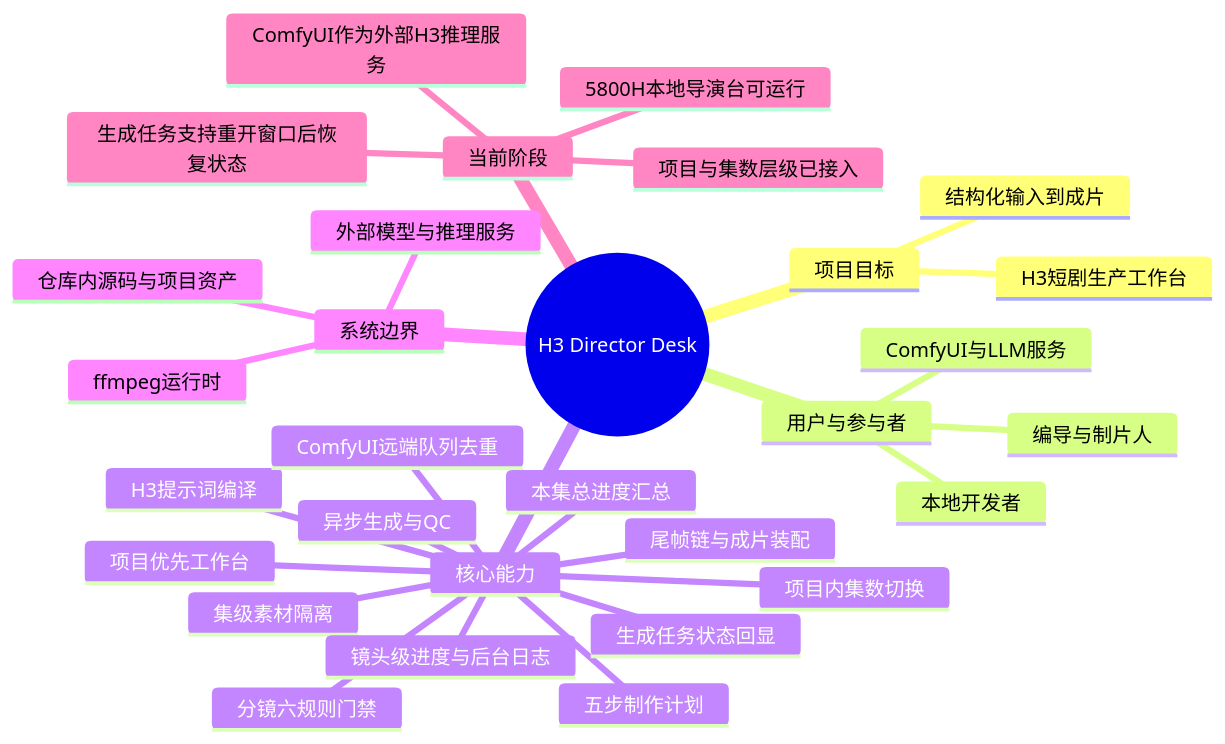
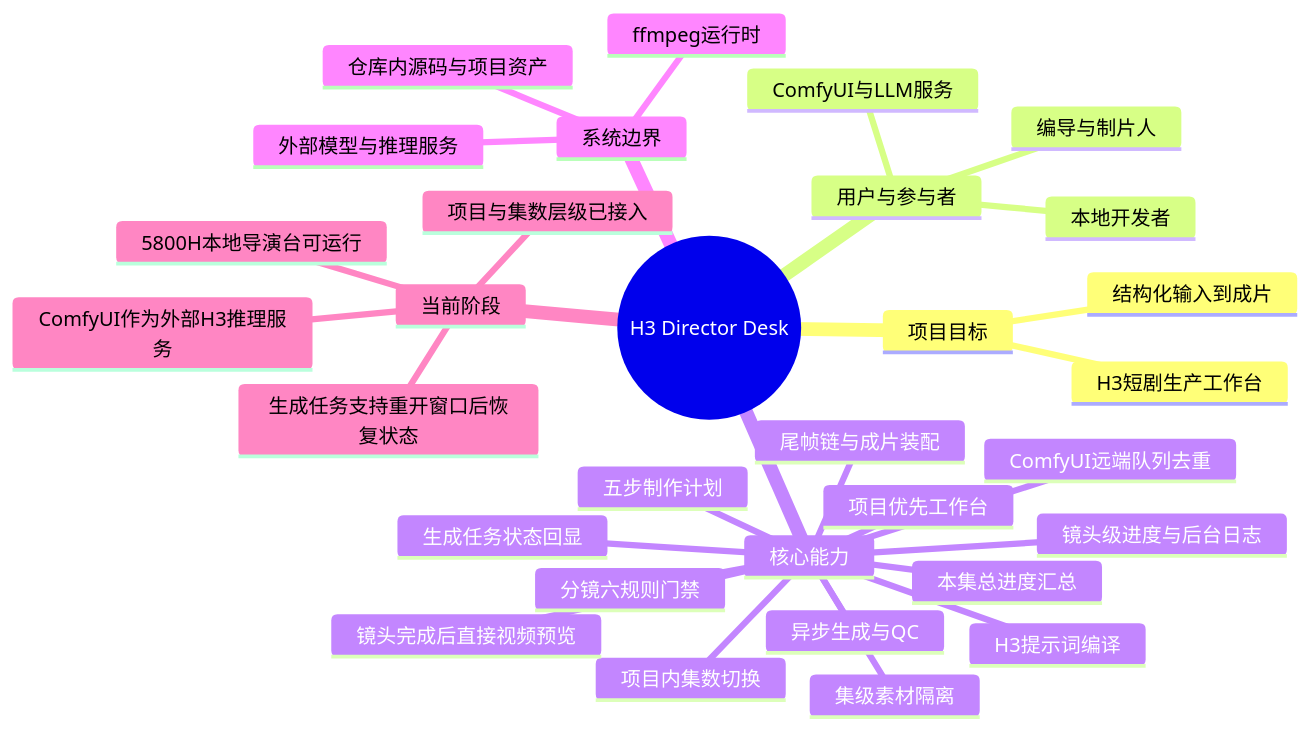
The diagram in docs/project-evolution/mindmaps/project-overview.md (Exalex/h3-director-desk), drawn with Mermaid before and after one commit. The commit also changed 9 other files, not shown here.

````diff
--- a/docs/project-evolution/mindmaps/project-overview.md
+++ b/docs/project-evolution/mindmaps/project-overview.md
@@ -3,33 +3,34 @@
 ```mermaid
 mindmap
   root((H3 Director Desk))
     项目目标
       H3短剧生产工作台
       结构化输入到成片
     用户与参与者
       编导与制片人
       本地开发者
       ComfyUI与LLM服务
     核心能力
       项目优先工作台
       项目内集数切换
       集级素材隔离
       五步制作计划
       分镜六规则门禁
       H3提示词编译
       异步生成与QC
       生成任务状态回显
       ComfyUI远端队列去重
       镜头级进度与后台日志
       本集总进度汇总
+      镜头完成后直接视频预览
       尾帧链与成片装配
     系统边界
       仓库内源码与项目资产
       外部模型与推理服务
       ffmpeg运行时
     当前阶段
       5800H本地导演台可运行
       项目与集数层级已接入
       ComfyUI作为外部H3推理服务
       生成任务支持重开窗口后恢复状态
 ```
````
